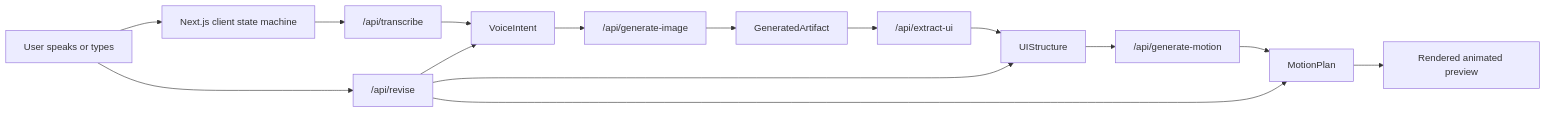
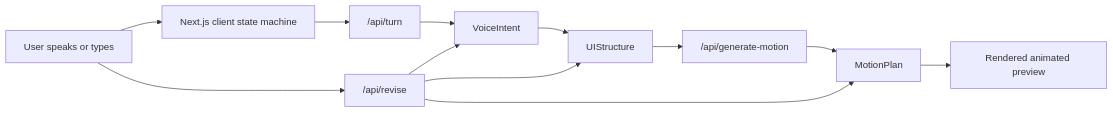
One commit to stevef24/voice-ui-builder changed the diagram in docs/ARCHITECTURE.md. Above: the diagram before and after it, drawn with Mermaid. The commit also changed other lines of this file and 13 other files, not shown here.

Commit message:
Wire runnable OpenAI turn flow

````diff
--- a/docs/ARCHITECTURE.md
+++ b/docs/ARCHITECTURE.md
@@ -27,17 +27,14 @@
 ```mermaid
 flowchart LR
   User["User speaks or types"] --> Client["Next.js client state machine"]
-  Client --> Transcribe["/api/transcribe"]
-  Transcribe --> Intent["VoiceIntent"]
-  Intent --> Image["/api/generate-image"]
-  Image --> Artifact["GeneratedArtifact"]
-  Artifact --> Extract["/api/extract-ui"]
-  Extract --> Structure["UIStructure"]
+  Client --> Turn["/api/turn"]
+  Turn --> Intent["VoiceIntent"]
+  Intent --> Structure["UIStructure"]
   Structure --> Motion["/api/generate-motion"]
   Motion --> Plan["MotionPlan"]
   Plan --> Preview["Rendered animated preview"]
   User --> Revision["/api/revise"]
   Revision --> Intent
   Revision --> Structure
   Revision --> Plan
 ```
````
